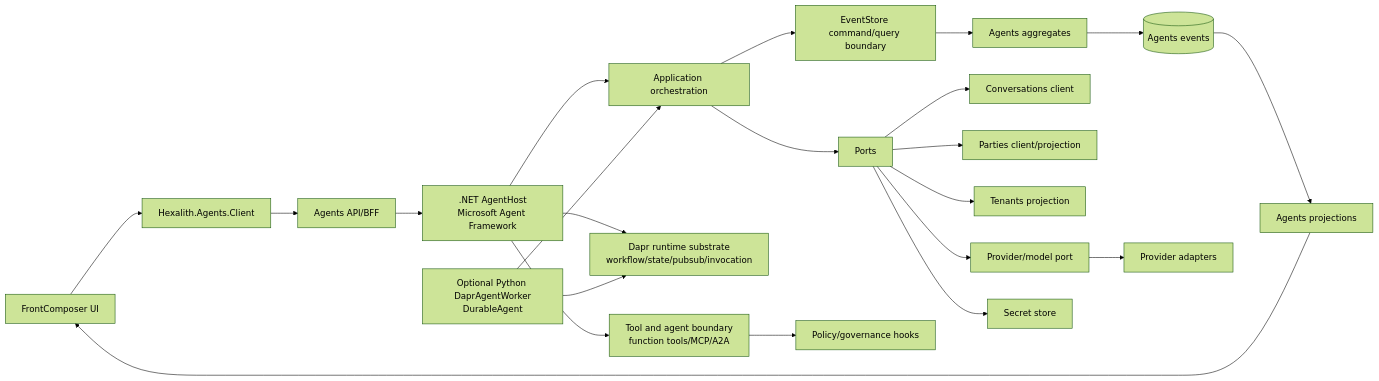
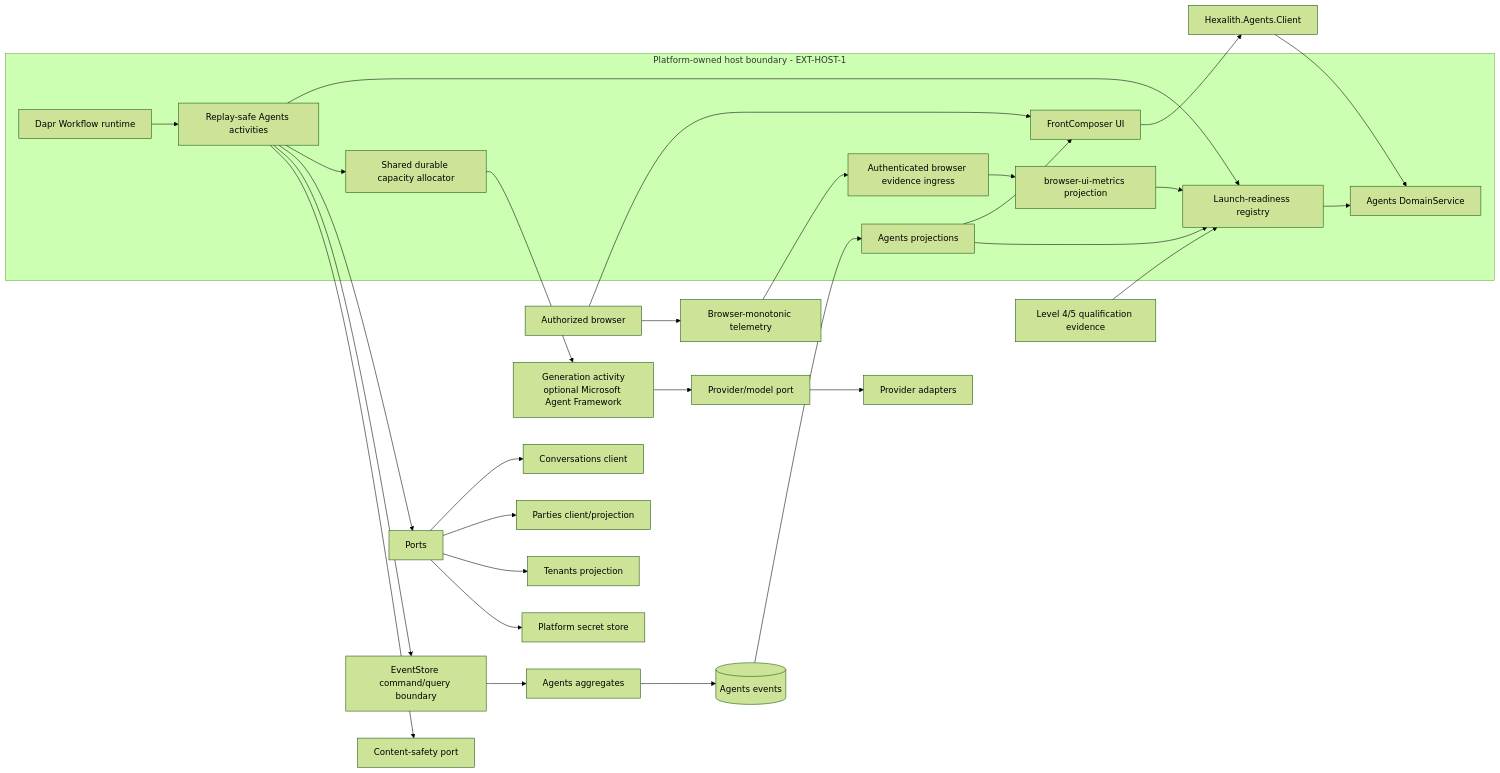
The first of 4 diagrams in _bmad-output/planning-artifacts/architecture/architecture-agents-2026-06-23-2/ARCHITECTURE-SPINE.md (Hexalith/Hexalith.Agents), drawn with Mermaid (forest theme) before and after one commit. The commit also changed other lines of this file and 28 other files, not shown here.

````diff
--- a/_bmad-output/planning-artifacts/architecture/architecture-agents-2026-06-23-2/ARCHITECTURE-SPINE.md
+++ b/_bmad-output/planning-artifacts/architecture/architecture-agents-2026-06-23-2/ARCHITECTURE-SPINE.md
@@ -45,24 +48,41 @@
 ```mermaid
 flowchart LR
-  UI[FrontComposer UI] --> Client[Hexalith.Agents.Client]
+  Browser[Authorized browser] --> UI
+  Browser --> BrowserTelemetry[Browser-monotonic telemetry]
+  subgraph PlatformBoundary[Platform-owned host boundary - EXT-HOST-1]
+    API[Agents DomainService]
+    UI[FrontComposer UI]
+    Workflow[Dapr Workflow runtime]
+    App[Replay-safe Agents activities]
+    CapacityGate[Shared durable capacity allocator]
+    ReadinessRegistry[Launch-readiness registry]
+    Proj[Agents projections]
+    EvidenceIngress[Authenticated browser evidence ingress]
+    BrowserMetrics[browser-ui-metrics projection]
+  end
+  UI --> Client[Hexalith.Agents.Client]
   Client --> API
-  API[Agents API/BFF] --> AgentHost[.NET AgentHost<br/>Microsoft Agent Framework]
-  AgentHost --> App[Application orchestration]
-  AgentHost --> Runtime[Dapr runtime substrate<br/>workflow/state/pubsub/invocation]
-  AgentHost --> Tools[Tool and agent boundary<br/>function tools/MCP/A2A]
-  DaprWorker[Optional Python DaprAgentWorker<br/>DurableAgent] --> Runtime
-  DaprWorker --> App
+  Workflow --> App
+  App --> ReadinessRegistry
+  App --> CapacityGate
+  CapacityGate --> Generation[Generation activity<br/>optional Microsoft Agent Framework]
   App --> Ports[Ports]
   App --> ES[EventStore command/query boundary]
   ES --> Agg[Agents aggregates]
   Agg --> Events[(Agents events)]
   Ports --> Conversations[Conversations client]
   Ports --> Parties[Parties client/projection]
   Ports --> Tenants[Tenants projection]
-  Ports --> ProviderPort[Provider/model port]
+  Generation --> ProviderPort[Provider/model port]
   ProviderPort --> Provider[Provider adapters]
-  Tools --> Policy[Policy/governance hooks]
-  Ports --> Secrets[Secret store]
-  Events --> Proj[Agents projections]
+  App --> Safety[Content-safety port]
+  Ports --> Secrets[Platform secret store]
+  Events --> Proj
   Proj --> UI
+  Proj --> ReadinessRegistry
+  BrowserTelemetry --> EvidenceIngress
+  EvidenceIngress --> BrowserMetrics
+  BrowserMetrics --> ReadinessRegistry
+  Evidence[Level 4/5 qualification evidence] --> ReadinessRegistry
+  ReadinessRegistry --> API
 ```
````
